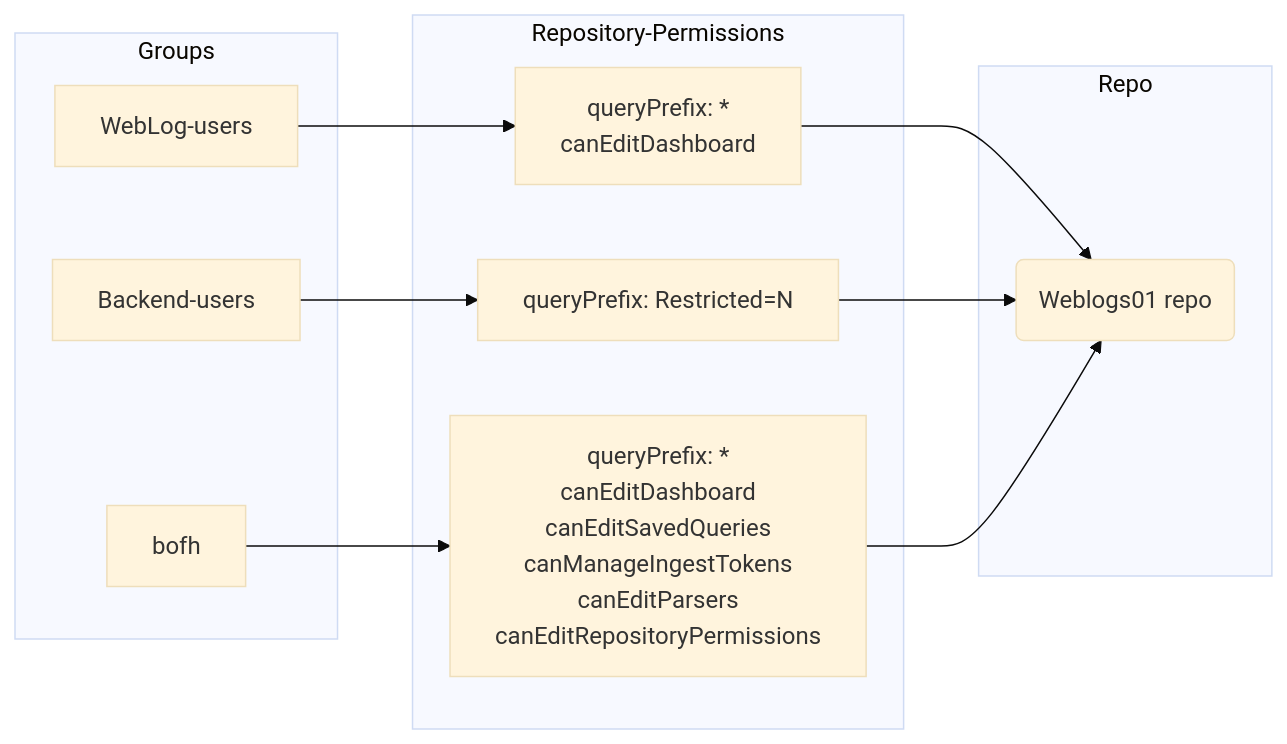
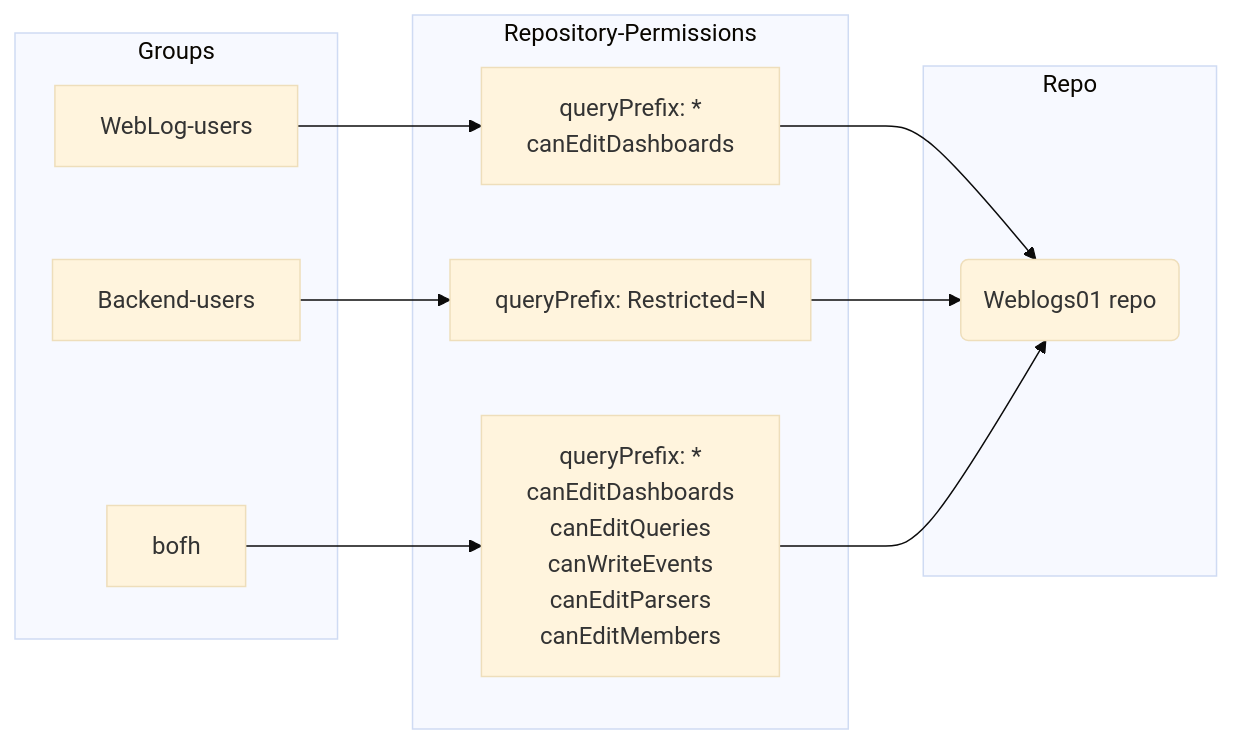
Before and after one commit to somedatapacket/docs.humio.com: the second of 2 diagrams in content/configuration/authentication/role-based-auth.md, drawn with Mermaid (base theme). The commit also changed other lines of this file, not shown here.

Commit message:
update docs for role based auth w/ permissions

```diff
--- a/content/configuration/authentication/role-based-auth.md
+++ b/content/configuration/authentication/role-based-auth.md
@@ -92,21 +92,21 @@
 {{<mermaid align="center">}}
 graph LR;
   subgraph Groups
     G1["WebLog-users"]
     G2["Backend-users"]
     G3["bofh"]
   end
   
   subgraph Repository-Permissions
-    G1 --> P1["queryPrefix: *<br>canEditDashboard"]
+    G1 --> P1["queryPrefix: *<br>canEditDashboards"]
     G2 --> P2["queryPrefix: Restricted=N"]
-    G3 --> P3["queryPrefix: *<br>canEditDashboard<br>canEditSavedQueries<br>canManageIngestTokens<br>canEditParsers<br>canEditRepositoryPermissions"]
+    G3 --> P3["queryPrefix: *<br>canEditDashboards<br>canEditQueries<br>canWriteEvents<br>canEditParsers<br>canEditMembers"]
   end
 
   subgraph Repo
   P1 --> R1("Weblogs01 repo")
   P2 --> R1
   P3 --> R1
   end
 
 {{< /mermaid >}}
```
